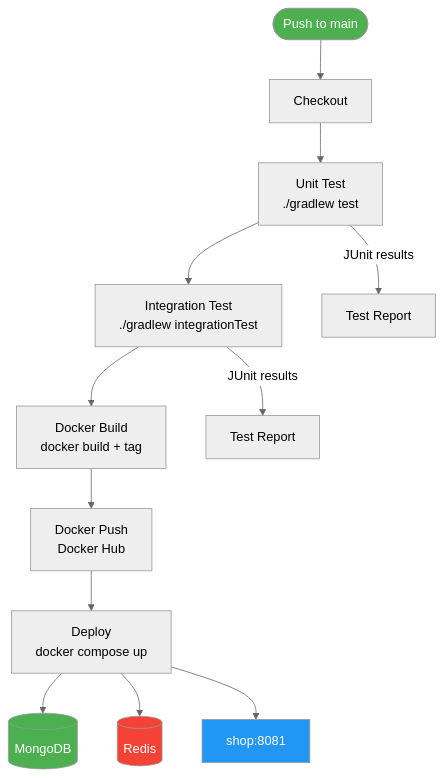
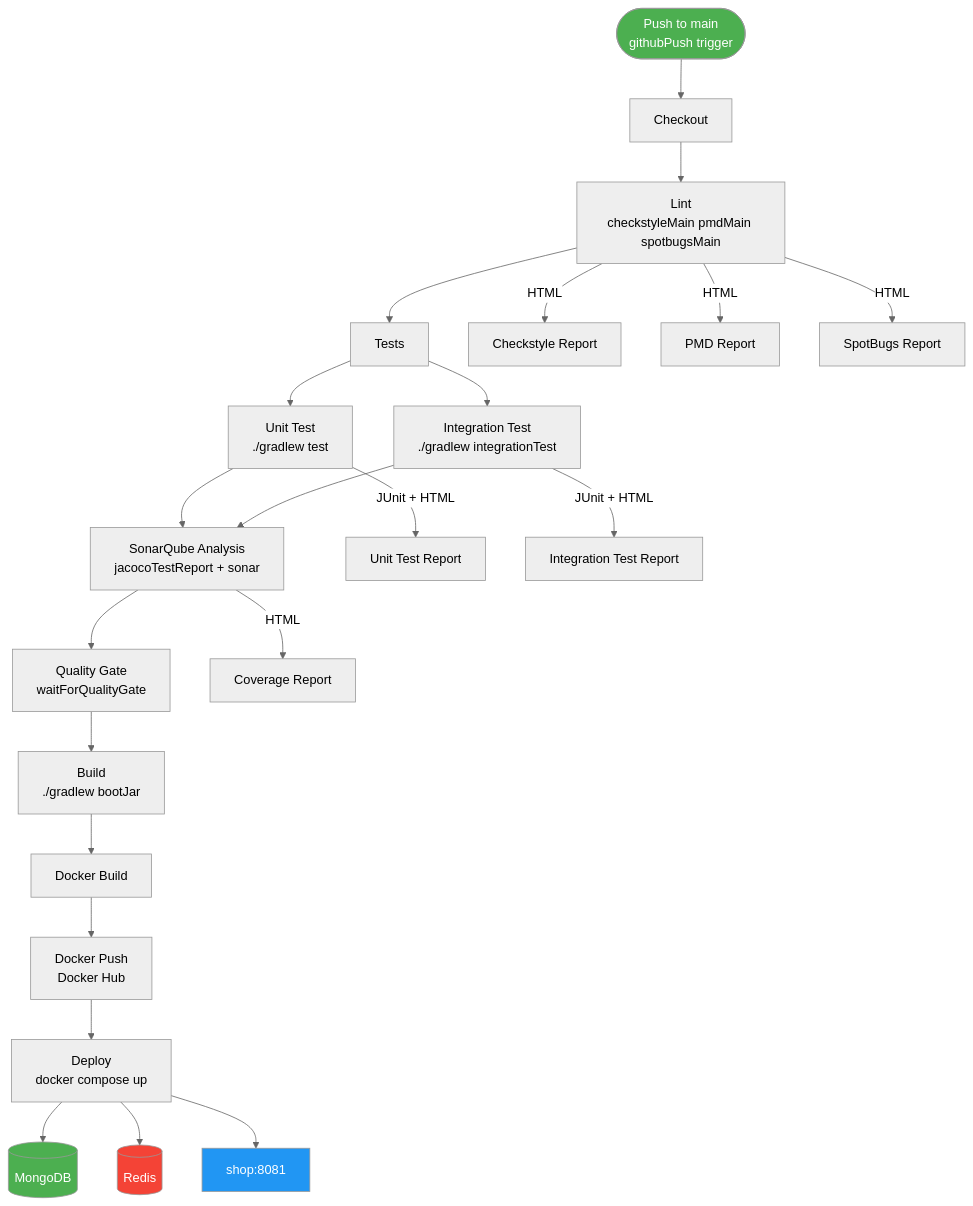
One commit to nelsonvillam/shop changed the diagram in CICD.md. Above: the diagram before and after it, drawn with Mermaid (neutral theme). The commit also changed other lines of this file, not shown here.

````diff
--- a/CICD.md
+++ b/CICD.md
@@ -23,21 +67,31 @@
 ```mermaid
 flowchart TD
-    A([Push to main]) --> B[Checkout]
-    B --> C[Unit Test\n./gradlew test]
-    C --> D[Integration Test\n./gradlew integrationTest]
-    D --> E[Docker Build\ndocker build + tag]
-    E --> F[Docker Push\nDocker Hub]
-    F --> G[Deploy\ndocker compose up]
+    A([Push to main\ngithubPush trigger]) --> B[Checkout]
+    B --> C[Lint\ncheckstyleMain pmdMain spotbugsMain]
+    C --> D[Tests]
+    D --> E[Unit Test\n./gradlew test]
+    D --> F[Integration Test\n./gradlew integrationTest]
+    E --> G[SonarQube Analysis\njacocoTestReport + sonar]
+    F --> G
+    G --> H[Quality Gate\nwaitForQualityGate]
+    H --> I[Build\n./gradlew bootJar]
+    I --> J[Docker Build]
+    J --> K[Docker Push\nDocker Hub]
+    K --> L[Deploy\ndocker compose up]
 
-    C -->|JUnit results| R1[Test Report]
-    D -->|JUnit results| R2[Test Report]
+    C -->|HTML| R1[Checkstyle Report]
+    C -->|HTML| R2[PMD Report]
+    C -->|HTML| R3[SpotBugs Report]
+    E -->|JUnit + HTML| R4[Unit Test Report]
+    F -->|JUnit + HTML| R5[Integration Test Report]
+    G -->|HTML| R6[Coverage Report]
 
-    G --> H[(MongoDB)]
-    G --> I[(Redis)]
-    G --> J[shop:8081]
+    L --> M[(MongoDB)]
+    L --> N[(Redis)]
+    L --> O[shop:8081]
 
     style A fill:#4CAF50,color:#fff
-    style J fill:#2196F3,color:#fff
-    style H fill:#4CAF50,color:#fff
-    style I fill:#f44336,color:#fff
+    style O fill:#2196F3,color:#fff
+    style M fill:#4CAF50,color:#fff
+    style N fill:#f44336,color:#fff
 ```
````
